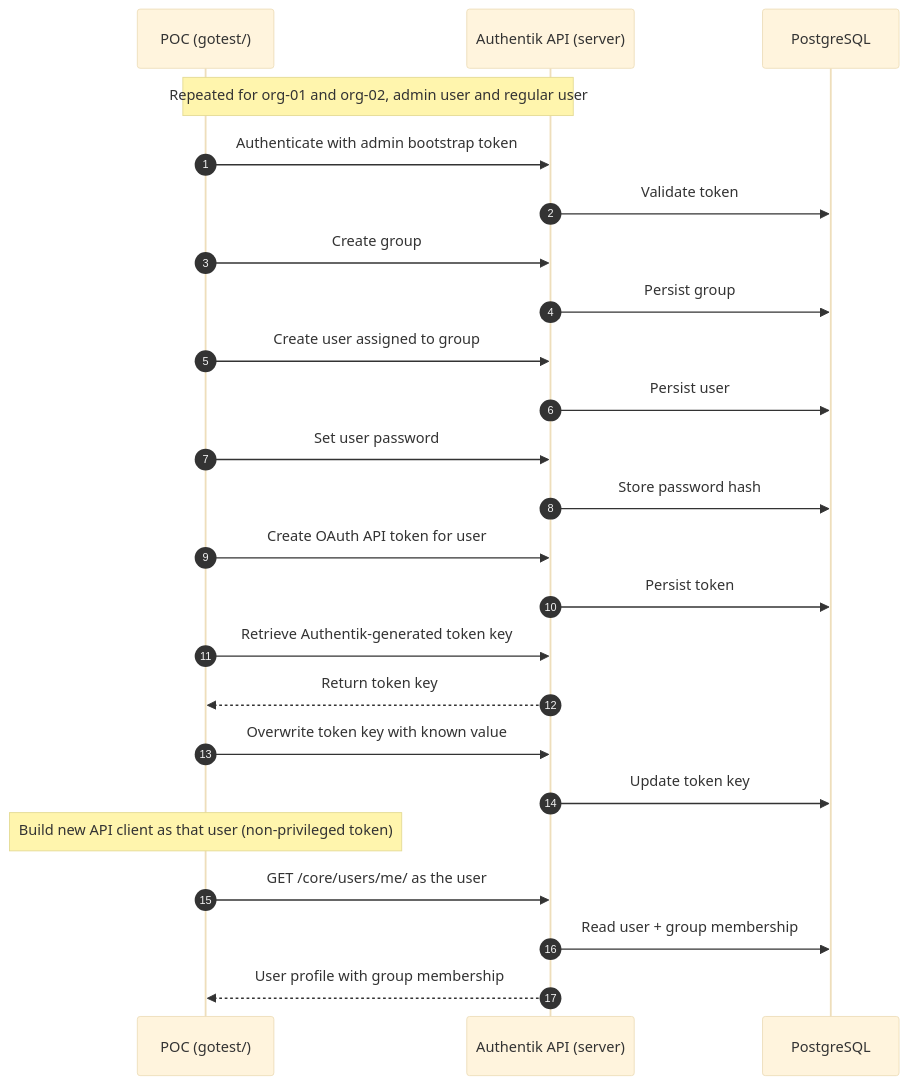
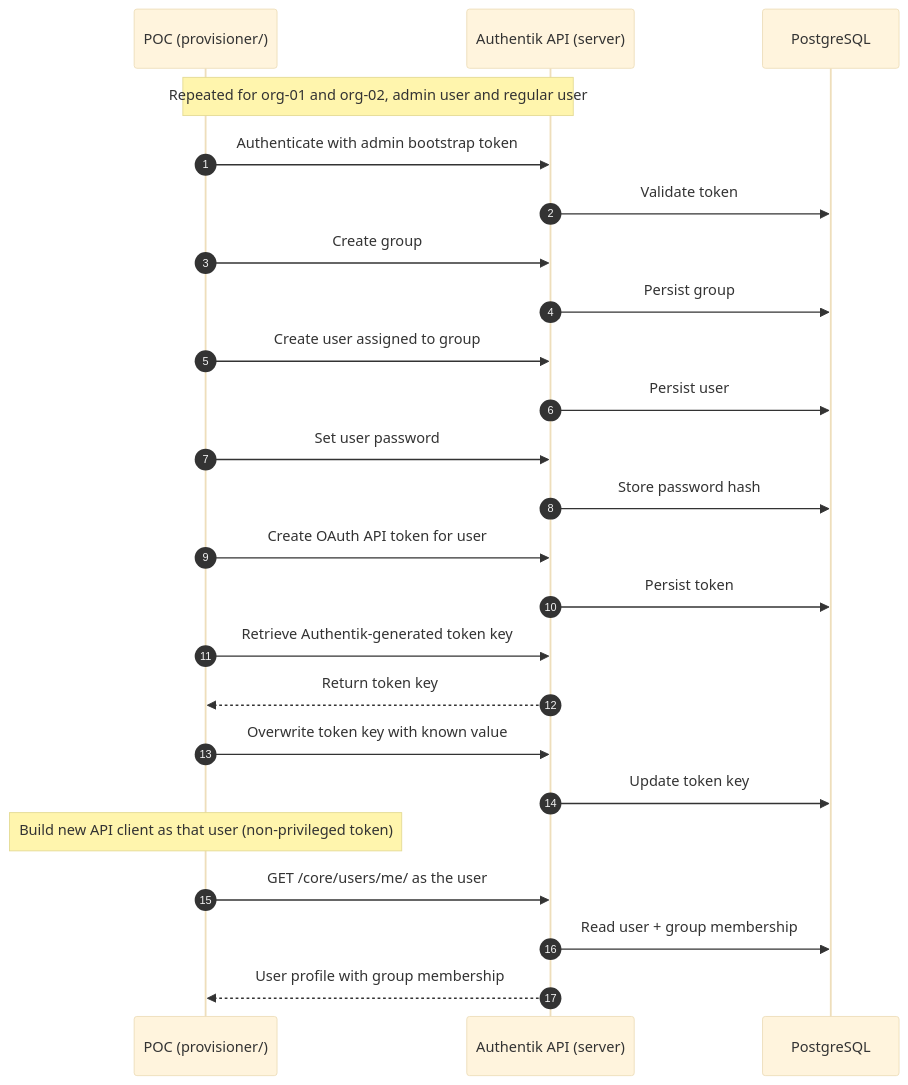
Before and after one commit to AndriyKalashnykov/authentik-k8s: the second of 2 diagrams in README.md, drawn with Mermaid (base theme). The commit also changed other lines of this file and 21 other files, not shown here.

First line of the commit message:
refactor: rename gotest/ -> provisioner/; rework README header + badges (#16)

````diff
--- a/README.md
+++ b/README.md
@@ -127,27 +132,27 @@
 ```mermaid
 sequenceDiagram
     autonumber
-    participant POC as POC (gotest/)
+    participant POC as POC (provisioner/)
     participant API as Authentik API (server)
     participant DB as PostgreSQL
 
     Note over POC,API: Repeated for org-01 and org-02, admin user and regular user
     POC->>API: Authenticate with admin bootstrap token
     API->>DB: Validate token
     POC->>API: Create group
     API->>DB: Persist group
     POC->>API: Create user assigned to group
     API->>DB: Persist user
     POC->>API: Set user password
     API->>DB: Store password hash
     POC->>API: Create OAuth API token for user
     API->>DB: Persist token
     POC->>API: Retrieve Authentik-generated token key
     API-->>POC: Return token key
     POC->>API: Overwrite token key with known value
     API->>DB: Update token key
     Note over POC: Build new API client as that user (non-privileged token)
     POC->>API: GET /core/users/me/ as the user
     API->>DB: Read user + group membership
     API-->>POC: User profile with group membership
 ```
````
